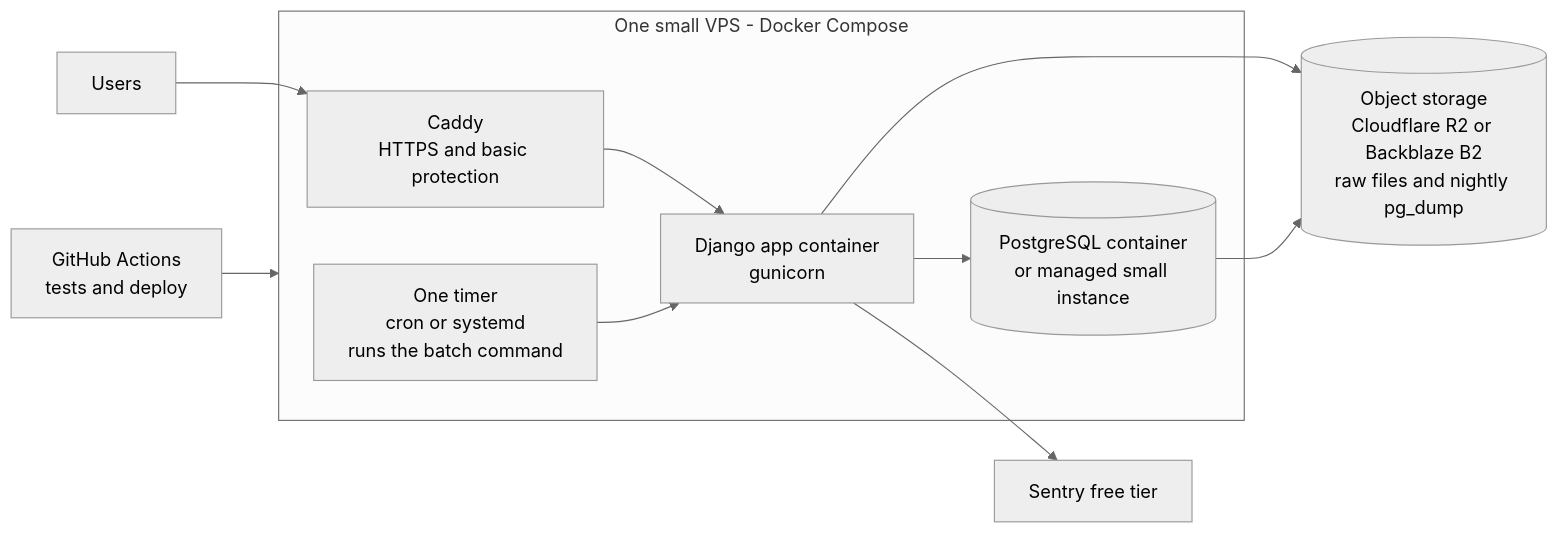
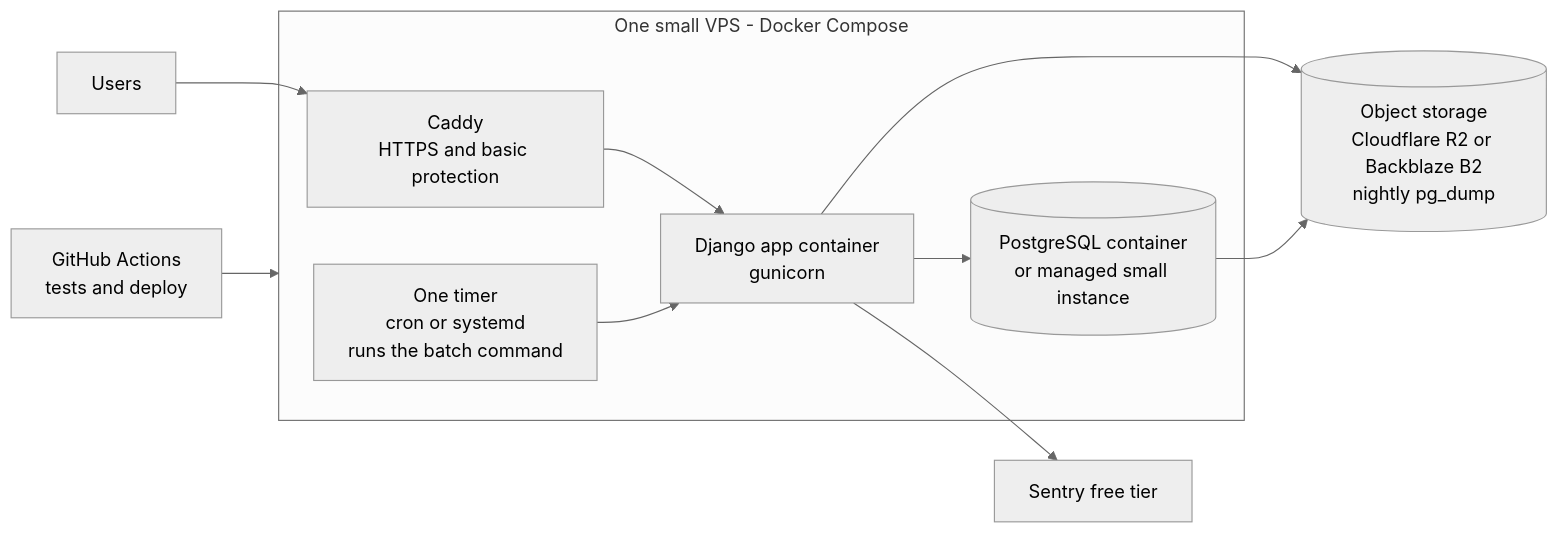
Before and after one commit to karenando11/bxnext-oxhouse: the fifth of 9 diagrams in docs/architecture-and-data-model.md, drawn with Mermaid (neutral theme). The commit also changed other lines of this file and 3 other files, not shown here.

````diff
--- a/docs/architecture-and-data-model.md
+++ b/docs/architecture-and-data-model.md
@@ -296,18 +298,18 @@
 ```mermaid
 flowchart LR
     subgraph VPS[One small VPS - Docker Compose]
         CADDY[Caddy<br/>HTTPS and basic protection]
         DJ[Django app container<br/>gunicorn]
         PG[(PostgreSQL container<br/>or managed small instance)]
         TMR[One timer<br/>cron or systemd<br/>runs the batch command]
     end
-    R2[(Object storage<br/>Cloudflare R2 or Backblaze B2<br/>raw files and nightly pg_dump)]
+    R2[(Object storage<br/>Cloudflare R2 or Backblaze B2<br/>nightly pg_dump)]
     GH[GitHub Actions<br/>tests and deploy]
     SENTRY[Sentry free tier]
     USERS[Users] --> CADDY --> DJ --> PG
     TMR --> DJ
     DJ --> R2
     PG --> R2
     GH --> VPS
     DJ --> SENTRY
 ```
````
